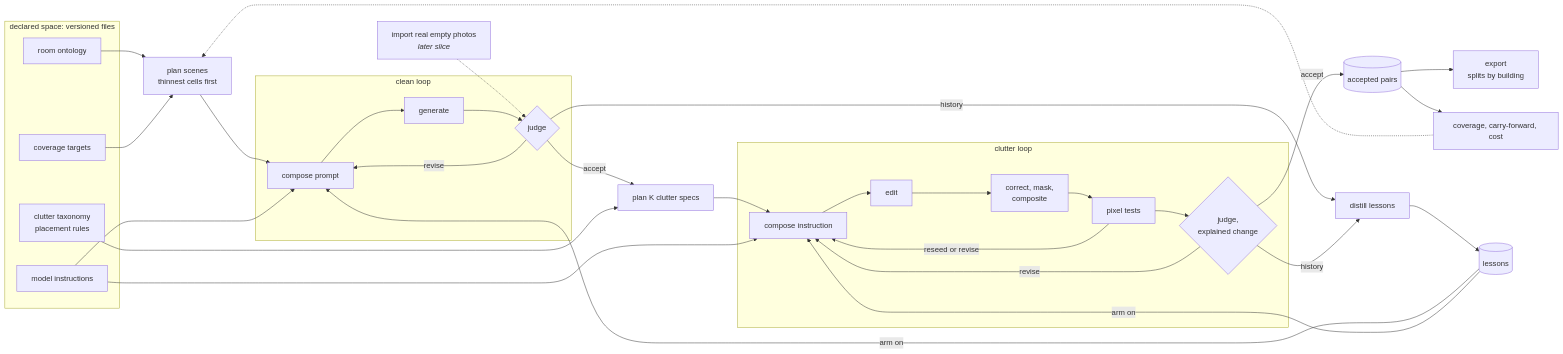
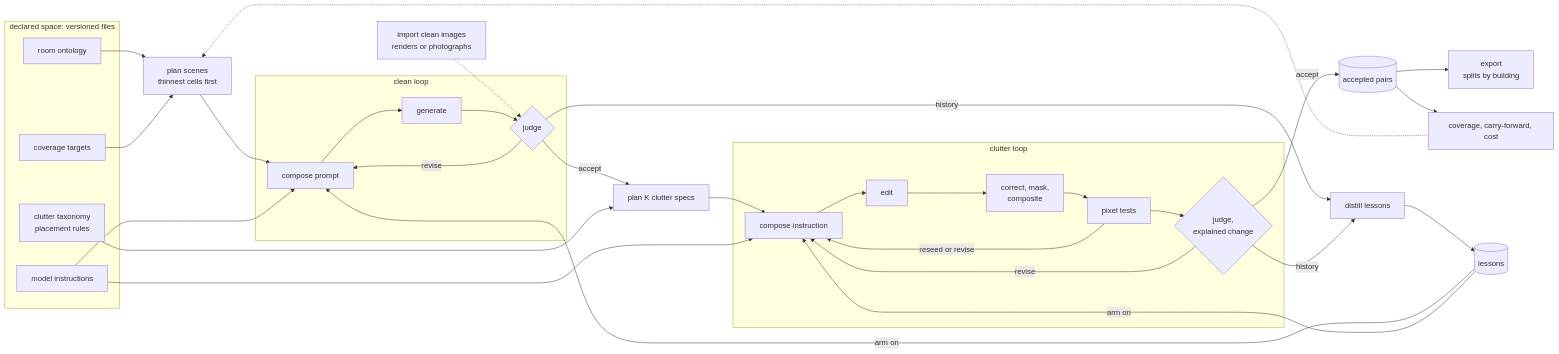
One commit to intent-graph/ai_tooling changed the first of 2 diagrams in clutter_pairs/design/README.md. Above: the diagram before and after it, drawn with Mermaid. The commit also changed other lines of this file and 29 other files, not shown here.

First line of the commit message:
clutter_pairs: import clean images; a dataset may replace reasons.toml; change_share_off

````diff
--- a/clutter_pairs/design/README.md
+++ b/clutter_pairs/design/README.md
@@ -116,35 +117,35 @@
 ```mermaid
 flowchart LR
   subgraph SPACE[declared space: versioned files]
     ON[room ontology]
     TX[clutter taxonomy<br/>placement rules]
     TG[coverage targets]
     INS[model instructions]
   end
-  IMP[import real empty photos<br/><i>later slice</i>] -.-> J1
+  IMP[import clean images<br/>renders or photographs] -.-> J1
   ON --> PS[plan scenes<br/>thinnest cells first]
   TG --> PS
   PS --> W1
   subgraph LC[clean loop]
     W1[compose prompt] --> G1[generate] --> J1{judge}
     J1 -- revise --> W1
   end
   J1 -- accept --> PC[plan K clutter specs]
   TX --> PC
   PC --> W2
   subgraph LK[clutter loop]
     W2[compose instruction] --> E2[edit] --> B2[correct, mask,<br/>composite] --> T2[pixel tests] --> J2{judge,<br/>explained change}
     J2 -- revise --> W2
     T2 -- reseed or revise --> W2
   end
   J2 -- accept --> PA[(accepted pairs)]
   J1 -- history --> DL[distill lessons]
   J2 -- history --> DL
   DL --> LS[(lessons)]
   LS -- arm on --> W1
   LS -- arm on --> W2
   INS --> W1
   INS --> W2
   PA --> EX[export<br/>splits by building]
   PA --> RP[coverage, carry-forward, cost] -.-> PS
 ```
````
